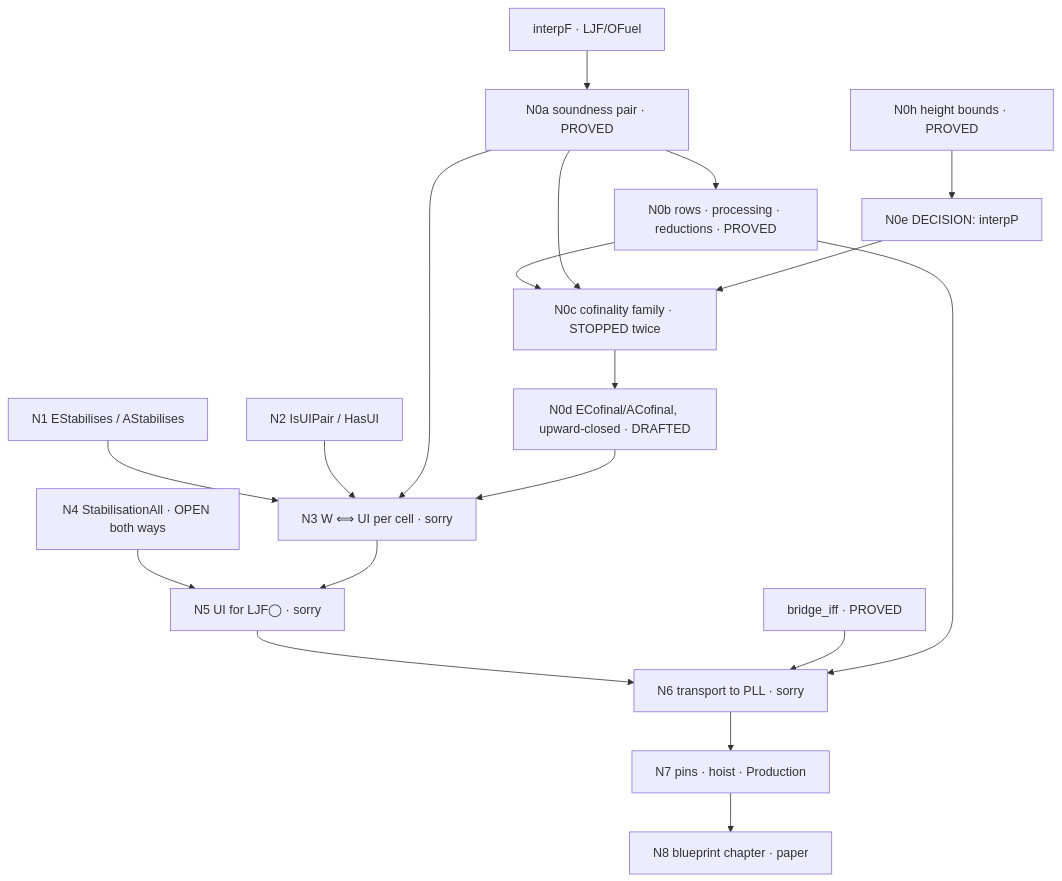
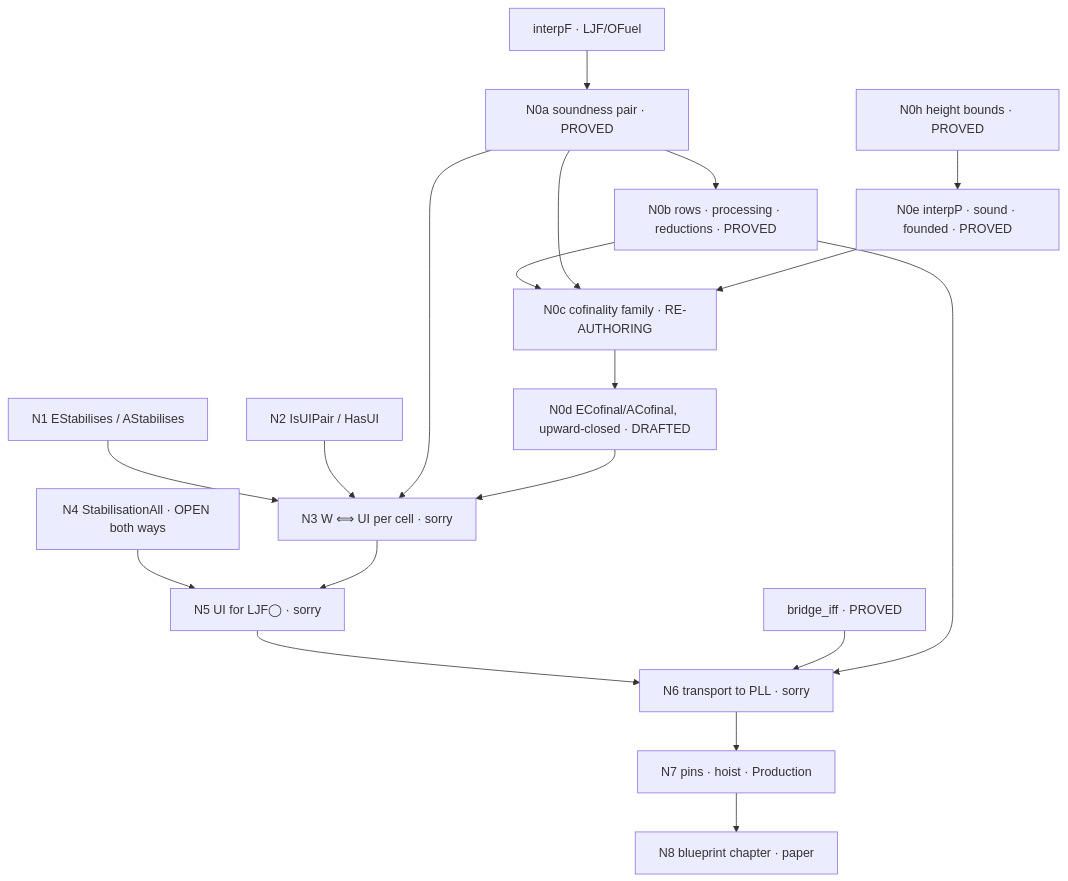
One commit to fairflow/lax-logic-in-lean changed the diagram in docs/ui-routeB-blueprint.md. Above: the diagram before and after it, drawn with Mermaid. The commit also changed other lines of this file and 1 other file, not shown here.

Commit message:
docs(ui): §4.14 — interpP built: soundness PROVED [propext, Quot.sound], kernel-checked agreement with interpF off the changed shapes, the founding PROVED (Part 10, every edge class); the family is re-authoring; blueprint N0e PROVED, N0c in build

````diff
--- a/docs/ui-routeB-blueprint.md
+++ b/docs/ui-routeB-blueprint.md
@@ -79,21 +79,21 @@
 ```mermaid
 graph TD
   interpF[interpF · LJF/OFuel] --> N0a[N0a soundness pair · PROVED]
   N0a --> N0b[N0b rows · processing · reductions · PROVED]
-  N0b --> N0c[N0c cofinality family · STOPPED twice]
+  N0b --> N0c[N0c cofinality family · RE-AUTHORING]
   N0a --> N0c
-  H[N0h height bounds · PROVED] --> N0e[N0e DECISION: interpP]
+  H[N0h height bounds · PROVED] --> N0e[N0e interpP · sound · founded · PROVED]
   N0e --> N0c
   N0c --> N0d[N0d ECofinal/ACofinal, upward-closed · DRAFTED]
   N1[N1 EStabilises / AStabilises] --> N3
   N2[N2 IsUIPair / HasUI] --> N3
   N0a --> N3[N3 W ⟺ UI per cell · sorry]
   N0d --> N3
   N4[N4 StabilisationAll · OPEN both ways] --> N5[N5 UI for LJF◯ · sorry]
   N3 --> N5
   N5 --> N6[N6 transport to PLL · sorry]
   B[bridge_iff · PROVED] --> N6
   N0b --> N6
   N6 --> N7[N7 pins · hoist · Production]
   N7 --> N8[N8 blueprint chapter · paper]
 ```
````
